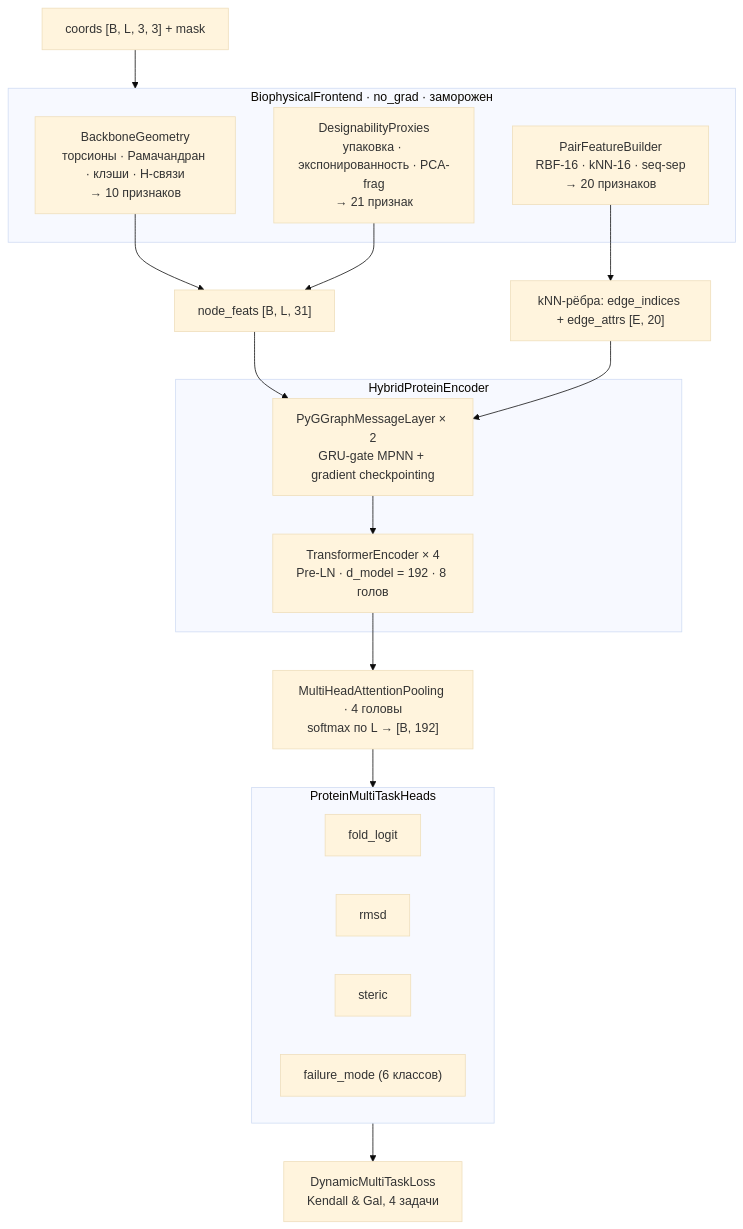
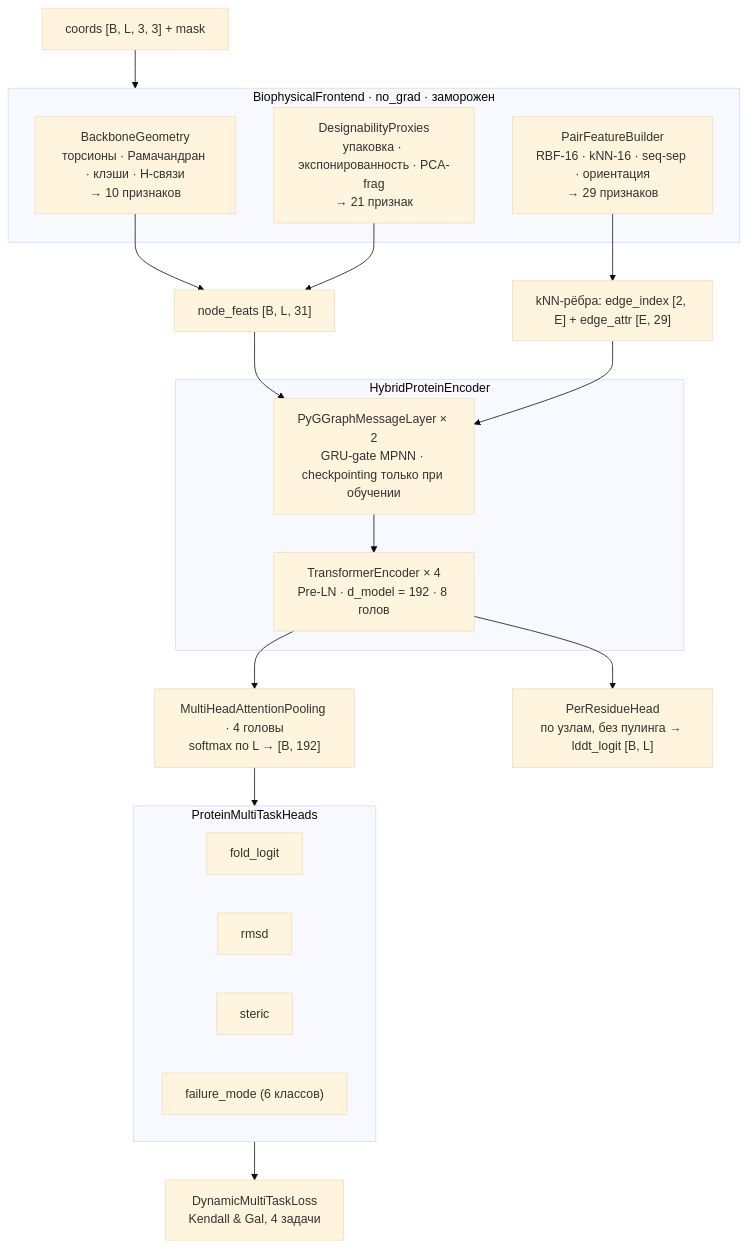
One commit to daghotur/bbvalidator changed the diagram in docs/03-model-i-obuchenie.md. Above: the diagram before and after it, drawn with Mermaid (base theme). The commit also changed other lines of this file and 6 other files, not shown here.

````diff
--- a/docs/03-model-i-obuchenie.md
+++ b/docs/03-model-i-obuchenie.md
@@ -5,34 +5,36 @@
 ```mermaid
 flowchart TD
     INPUT["coords [B, L, 3, 3] + mask"]
     subgraph FRONTEND["BiophysicalFrontend · no_grad · заморожен"]
         GEO["BackboneGeometry<br/>торсионы · Рамачандран · клэши · H-связи<br/>→ 10 признаков"]
         FOLD["DesignabilityProxies<br/>упаковка · экспонированность · PCA-frag<br/>→ 21 признак"]
-        PAIR["PairFeatureBuilder<br/>RBF-16 · kNN-16 · seq-sep<br/>→ 20 признаков"]
+        PAIR["PairFeatureBuilder<br/>RBF-16 · kNN-16 · seq-sep · ориентация<br/>→ 29 признаков"]
     end
     NODE["node_feats [B, L, 31]"]
-    PAIRF["kNN-рёбра: edge_indices + edge_attrs [E, 20]"]
+    PAIRF["kNN-рёбра: edge_index [2, E] + edge_attr [E, 29]"]
     subgraph ENCODER["HybridProteinEncoder"]
-        MPNN["PyGGraphMessageLayer × 2<br/>GRU-gate MPNN + gradient checkpointing"]
+        MPNN["PyGGraphMessageLayer × 2<br/>GRU-gate MPNN · checkpointing только при обучении"]
         TRANS["TransformerEncoder × 4<br/>Pre-LN · d_model = 192 · 8 голов"]
     end
     POOL["MultiHeadAttentionPooling · 4 головы<br/>softmax по L → [B, 192]"]
     subgraph HEADS["ProteinMultiTaskHeads"]
         H1["fold_logit"]
         H2["rmsd"]
         H3["steric"]
         H4["failure_mode (6 классов)"]
     end
+    PRH["PerResidueHead<br/>по узлам, без пулинга → lddt_logit [B, L]"]
     LOSS["DynamicMultiTaskLoss<br/>Kendall & Gal, 4 задачи"]
 
     INPUT --> FRONTEND
     GEO --> NODE
     FOLD --> NODE
     PAIR --> PAIRF
     NODE --> MPNN
     PAIRF --> MPNN
     MPNN --> TRANS
     TRANS --> POOL
+    TRANS --> PRH
     POOL --> HEADS
     HEADS --> LOSS
 ```
````
